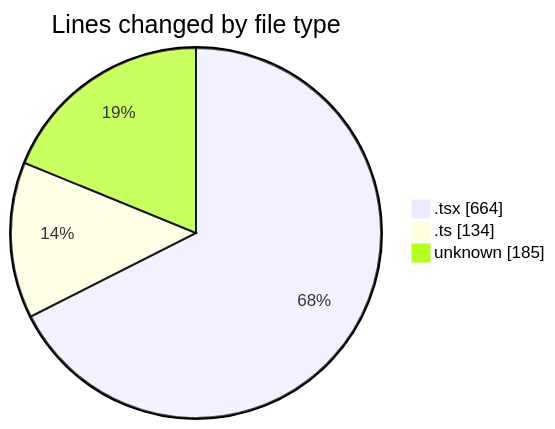
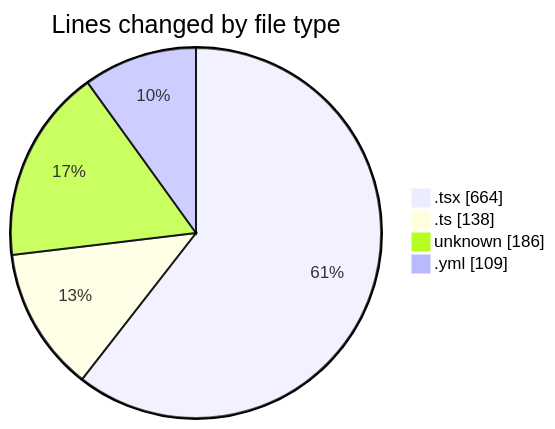
Before and after one commit to Elitesun/code-tracking: the first of 2 diagrams in 2025-05-20/niten/README.md, drawn with Mermaid. The commit also changed other lines of this file and 1 other file, not shown here.

````diff
--- a/2025-05-20/niten/README.md
+++ b/2025-05-20/niten/README.md
@@ -27,7 +28,8 @@
 ```mermaid
 pie showData
 title Lines changed by file type
 ".tsx" : 664
-".ts" : 134
-"unknown" : 185
+".ts" : 138
+"unknown" : 186
+".yml" : 109
 ```
````
